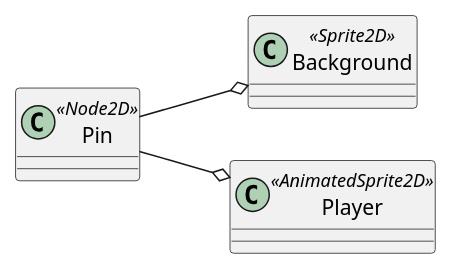
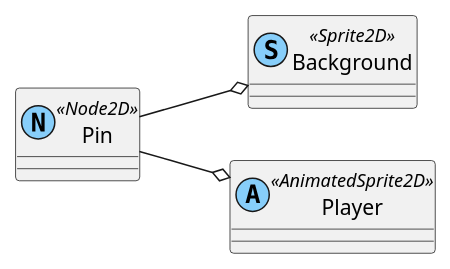
Before and after one commit to tkmfujise/Platformer-Game-Learning: the diagram in content/scenes/src/world/pin/pin.tscn.adoc, drawn with PlantUML. The commit also changed 69 other files, not shown here.

Commit message:
Change scene diagram class color

```diff
--- a/content/scenes/src/world/pin/pin.tscn.adoc
+++ b/content/scenes/src/world/pin/pin.tscn.adoc
@@ -9,13 +9,13 @@
 [plantuml]
 ....
-class ROOT as "Pin" <<Node2D>> {
+class ROOT as "Pin" <<(N,lightskyblue) Node2D>> {
 }
-class Background as "Background" <<Sprite2D>> {
+class Background as "Background" <<(S,lightskyblue) Sprite2D>> {
 }
-class Player as "Player" <<AnimatedSprite2D>> {
+class Player as "Player" <<(A,lightskyblue) AnimatedSprite2D>> {
 }
 ROOT --o Background
 ROOT --o Player
 left to right direction
 
 ....
```
